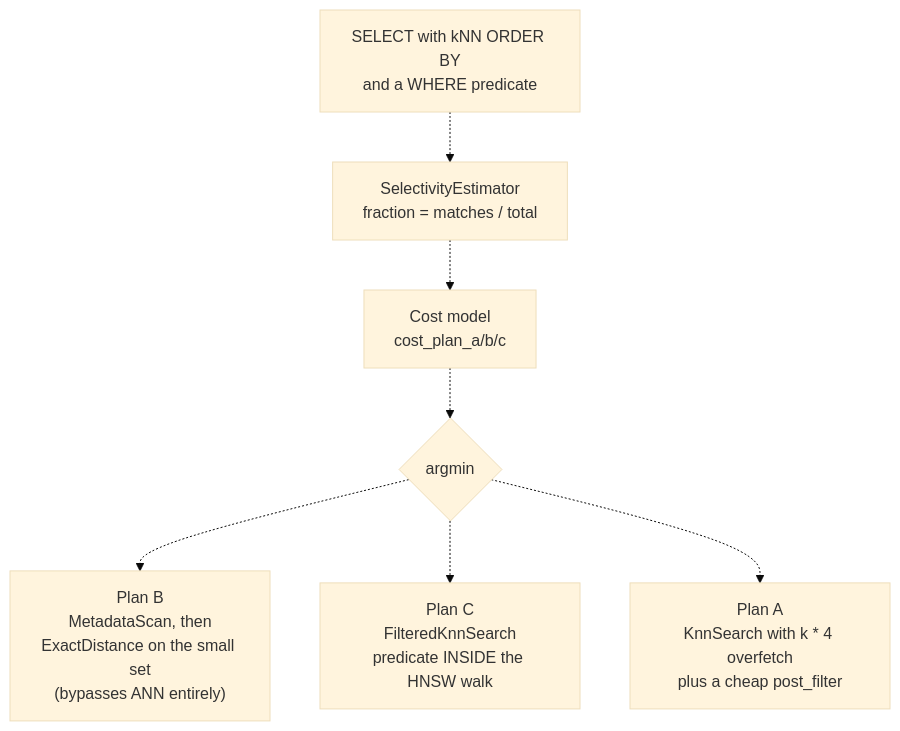
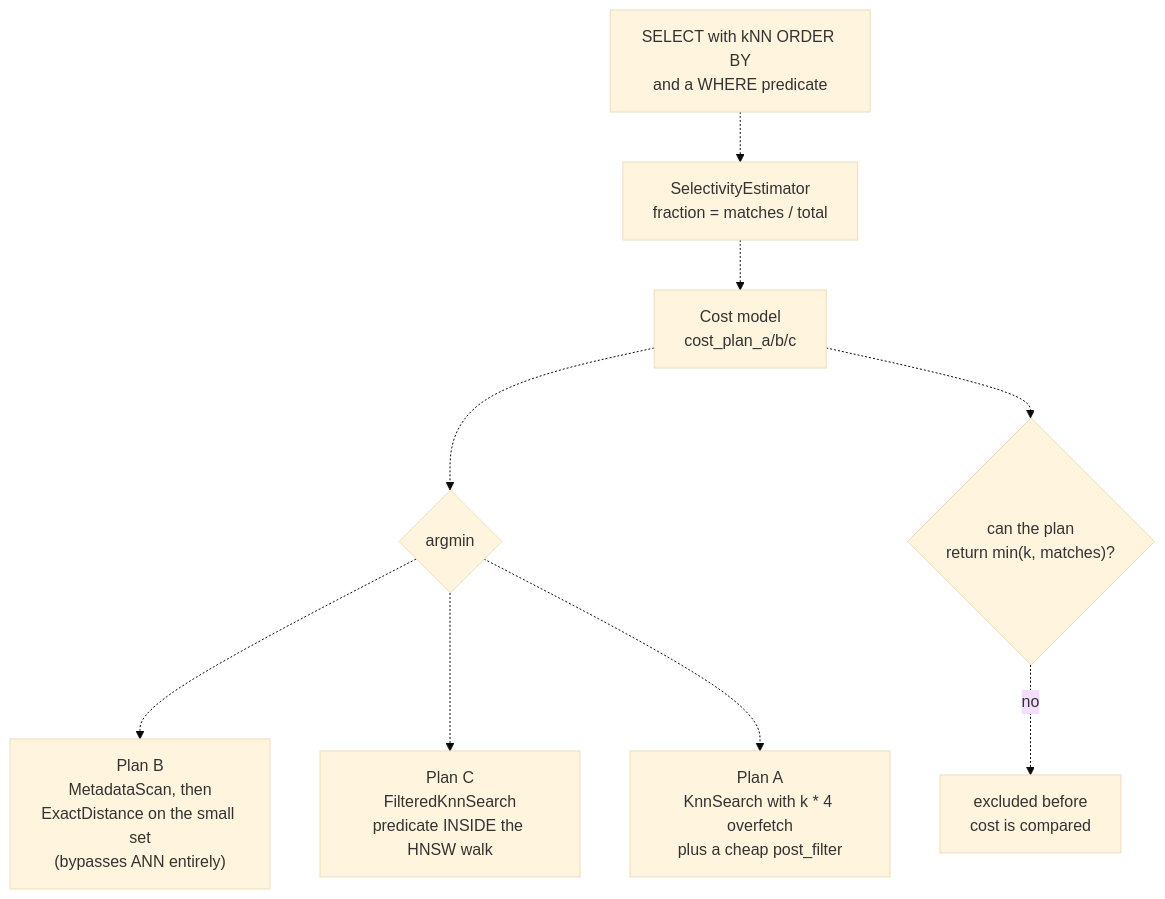
One commit to pixperk/kova changed the second of 7 diagrams in docs/query.md. Above: the diagram before and after it, drawn with Mermaid (base theme). The commit also changed other lines of this file, not shown here.

Commit message:
fix(kova-query): correct plan A's dispatch logic to ensure it only runs when capable of returning valid results

````diff
--- a/docs/query.md
+++ b/docs/query.md
@@ -373,10 +373,12 @@
 ```mermaid
 flowchart TD
     Q["SELECT with kNN ORDER BY<br/>and a WHERE predicate"]
     Q -.-> Est["SelectivityEstimator<br/>fraction = matches / total"]
     Est -.-> Cost["Cost model<br/>cost_plan_a/b/c"]
     Cost -.-> Pick{"argmin"}
     Pick -.-> B["Plan B<br/>MetadataScan, then<br/>ExactDistance on the small set<br/>(bypasses ANN entirely)"]
     Pick -.-> C["Plan C<br/>FilteredKnnSearch<br/>predicate INSIDE the HNSW walk"]
+    Cost -.-> Gate{"can the plan<br/>return min(k, matches)?"}
+    Gate -. no .-> Excl["excluded before<br/>cost is compared"]
     Pick -.-> A["Plan A<br/>KnnSearch with k * 4 overfetch<br/>plus a cheap post_filter"]
 ```
````
